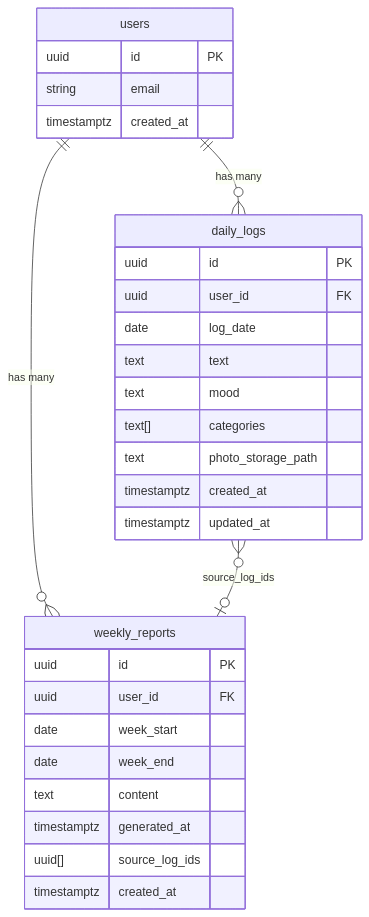
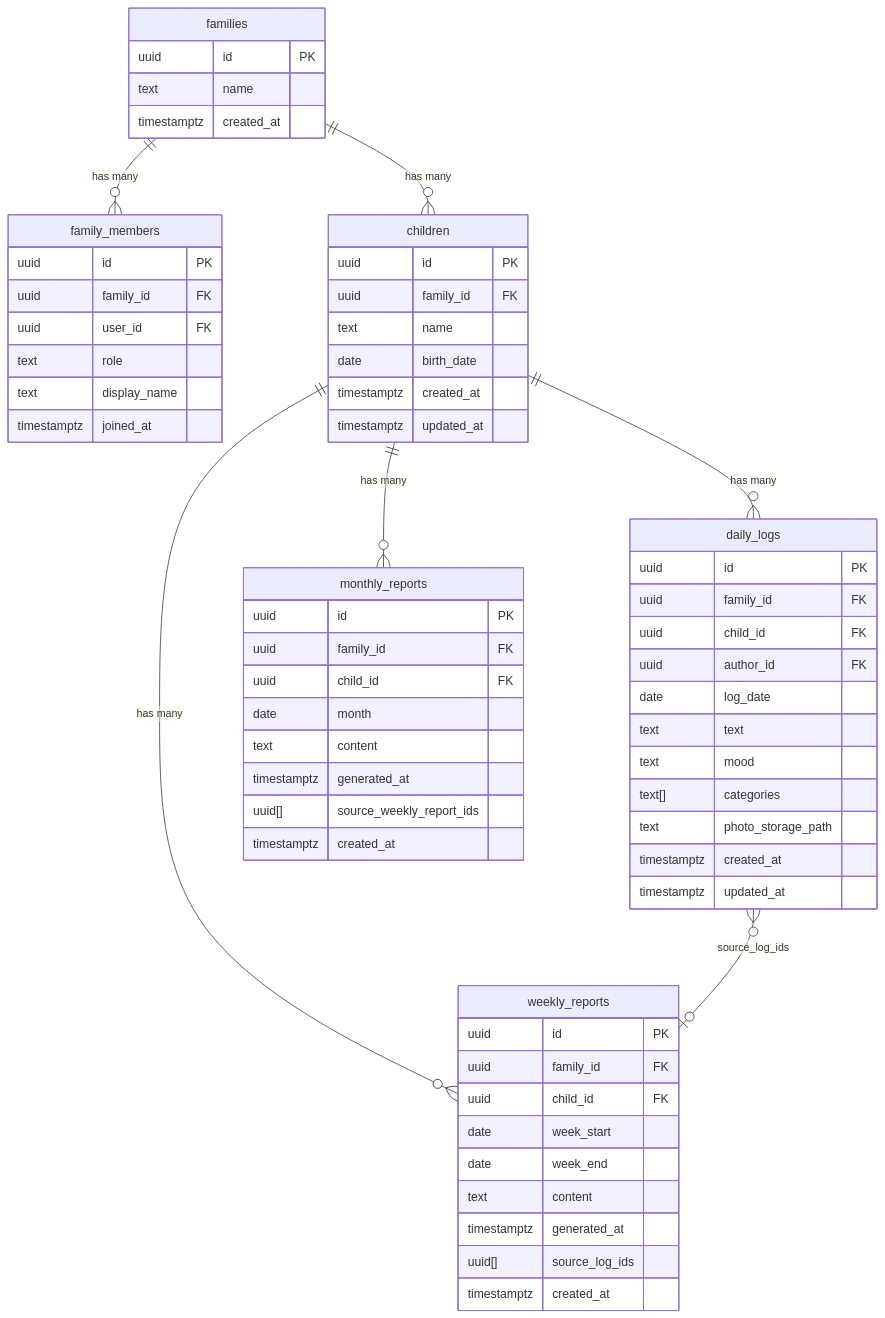
One commit to Hiroaki0117/baby-weekly-letter changed the second of 4 diagrams in docs/functional-design.md. Above: the diagram before and after it, drawn with Mermaid. The commit also changed other lines of this file and 6 other files, not shown here.

````diff
--- a/docs/functional-design.md
+++ b/docs/functional-design.md
@@ -38,35 +38,70 @@
 ```mermaid
 erDiagram
-    users ||--o{ daily_logs : "has many"
-    users ||--o{ weekly_reports : "has many"
+    families ||--o{ family_members : "has many"
+    families ||--o{ children : "has many"
+    children ||--o{ daily_logs : "has many"
+    children ||--o{ weekly_reports : "has many"
+    children ||--o{ monthly_reports : "has many"
     daily_logs }o--o| weekly_reports : "source_log_ids"
 
-    users {
+    families {
         uuid id PK
-        string email
+        text name
         timestamptz created_at
+    }
+
+    family_members {
+        uuid id PK
+        uuid family_id FK
+        uuid user_id FK
+        text role
+        text display_name
+        timestamptz joined_at
+    }
+
+    children {
+        uuid id PK
+        uuid family_id FK
+        text name
+        date birth_date
+        timestamptz created_at
+        timestamptz updated_at
     }
 
     daily_logs {
         uuid id PK
-        uuid user_id FK
+        uuid family_id FK
+        uuid child_id FK
+        uuid author_id FK
         date log_date
         text text
         text mood
         text[] categories
         text photo_storage_path
         timestamptz created_at
         timestamptz updated_at
     }
 
     weekly_reports {
         uuid id PK
-        uuid user_id FK
+        uuid family_id FK
+        uuid child_id FK
         date week_start
         date week_end
         text content
         timestamptz generated_at
         uuid[] source_log_ids
         timestamptz created_at
     }
+
+    monthly_reports {
+        uuid id PK
+        uuid family_id FK
+        uuid child_id FK
+        date month
+        text content
+        timestamptz generated_at
+        uuid[] source_weekly_report_ids
+        timestamptz created_at
+    }
 ```
````
